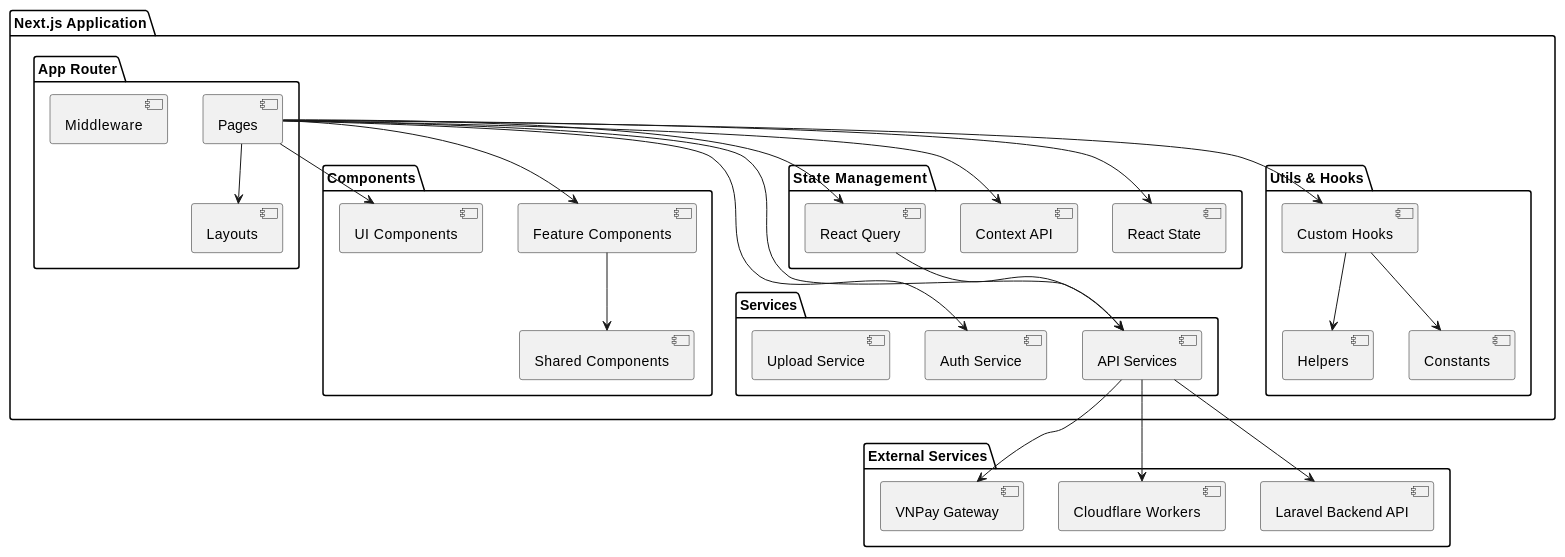
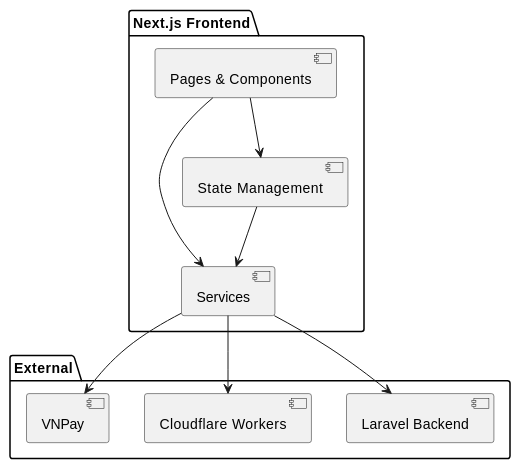
The second of 5 diagrams in khoitriso-be/HE_THONG_GIOI_THIEU.md (ngocnghia81/KhoiTriSo-PHP), drawn with PlantUML before and after one commit. The commit also changed other lines of this file and 23 other files, not shown here.

````diff
--- a/khoitriso-be/HE_THONG_GIOI_THIEU.md
+++ b/khoitriso-be/HE_THONG_GIOI_THIEU.md
@@ -313,59 +254,23 @@
 ```plantuml
 @startuml
-package "Next.js Application" {
-  package "App Router" {
-    [Pages] as Pages
-    [Layouts] as Layouts
-    [Middleware] as Middleware
-  }
-  
-  package "Components" {
-    [UI Components] as UI
-    [Feature Components] as Features
-    [Shared Components] as Shared
-  }
-  
-  package "Services" {
-    [API Services] as API
-    [Auth Service] as Auth
-    [Upload Service] as Upload
-  }
-  
-  package "State Management" {
-    [React State] as State
-    [Context API] as Context
-    [React Query] as Query
-  }
-  
-  package "Utils & Hooks" {
-    [Custom Hooks] as Hooks
-    [Helpers] as Helpers
-    [Constants] as Constants
-  }
+package "Next.js Frontend" {
+  [Pages & Components] as Pages
+  [Services] as Services
+  [State Management] as State
 }
 
-package "External Services" {
-  [Laravel Backend API] as Backend
+package "External" {
+  [Laravel Backend] as Backend
   [Cloudflare Workers] as Workers
-  [VNPay Gateway] as VNPay
+  [VNPay] as VNPay
 }
 
-Pages --> Layouts
-Pages --> UI
-Pages --> Features
-Features --> Shared
-Pages --> API
-API --> Backend
-API --> Workers
-API --> VNPay
-Pages --> Auth
+Pages --> Services
+Services --> Backend
+Services --> Workers
+Services --> VNPay
 Pages --> State
-Pages --> Context
-Pages --> Query
-Query --> API
-Pages --> Hooks
-Hooks --> Helpers
-Hooks --> Constants
+State --> Services
 
 @enduml
 ```
````
